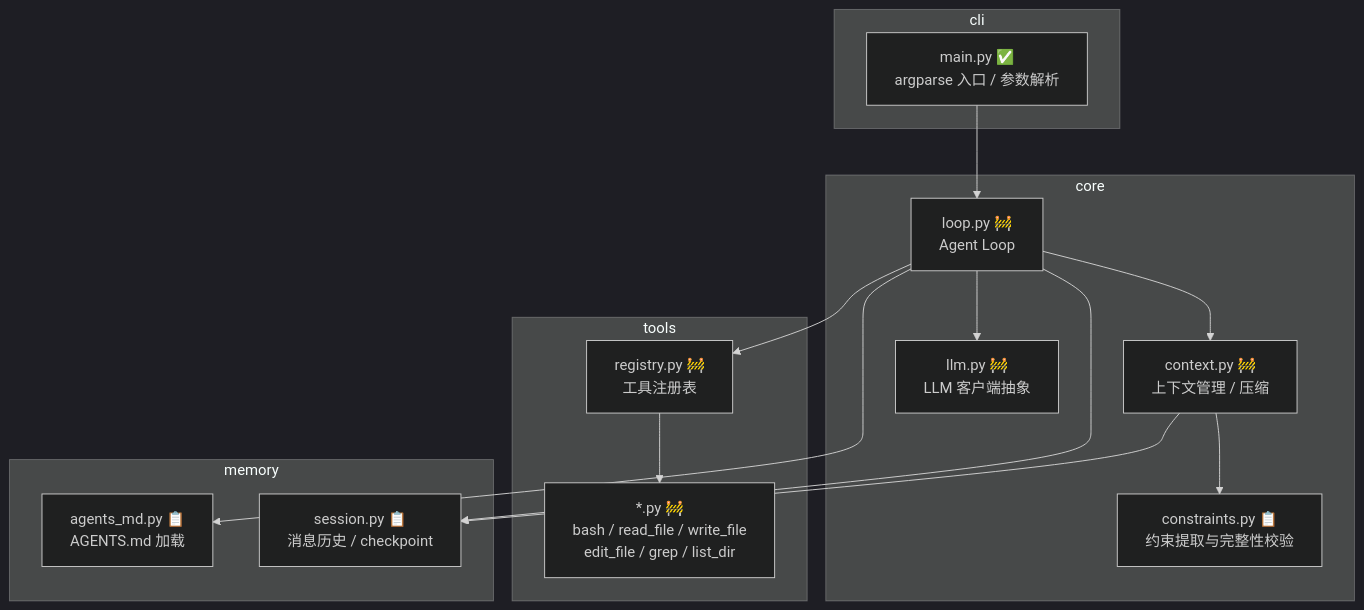
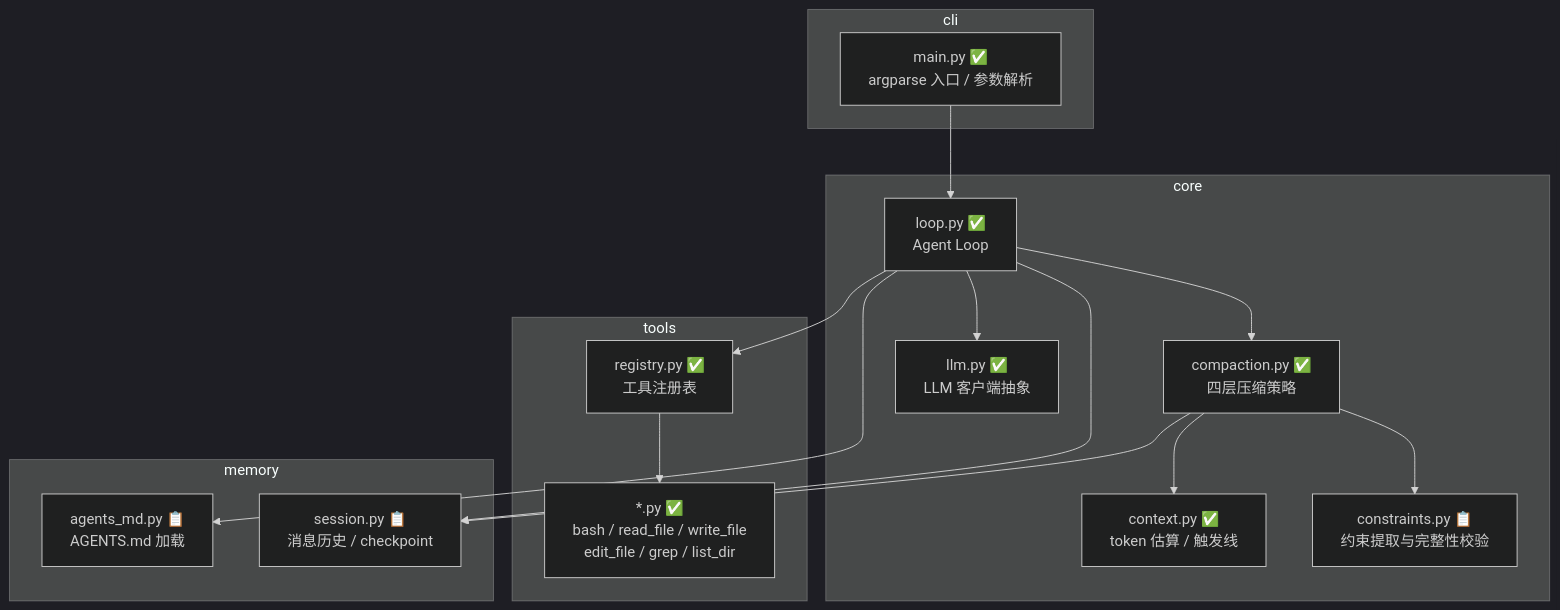
Before and after one commit to autumnieave/lite-coding-agent: the first of 3 diagrams in docs/architecture.md, drawn with Mermaid (dark theme). The commit also changed other lines of this file, not shown here.

Commit message:
docs: sync architecture with Day 3 compaction module

````diff
--- a/docs/architecture.md
+++ b/docs/architecture.md
@@ -10,29 +10,31 @@
 ```mermaid
 flowchart TB
     subgraph CLI["cli"]
         M["main.py ✅<br/>argparse 入口 / 参数解析"]
     end
     subgraph CORE["core"]
-        L["loop.py 🚧<br/>Agent Loop"]
-        C["context.py 🚧<br/>上下文管理 / 压缩"]
+        L["loop.py ✅<br/>Agent Loop"]
+        CP["compaction.py ✅<br/>四层压缩策略"]
+        C["context.py ✅<br/>token 估算 / 触发线"]
         CN["constraints.py 📋<br/>约束提取与完整性校验"]
-        LM["llm.py 🚧<br/>LLM 客户端抽象"]
+        LM["llm.py ✅<br/>LLM 客户端抽象"]
     end
     subgraph TOOLS["tools"]
-        R["registry.py 🚧<br/>工具注册表"]
-        B["*.py 🚧<br/>bash / read_file / write_file<br/>edit_file / grep / list_dir"]
+        R["registry.py ✅<br/>工具注册表"]
+        B["*.py ✅<br/>bash / read_file / write_file<br/>edit_file / grep / list_dir"]
     end
     subgraph MEMORY["memory"]
         A["agents_md.py 📋<br/>AGENTS.md 加载"]
         S["session.py 📋<br/>消息历史 / checkpoint"]
     end
     M --> L
-    L --> C
-    C --> CN
+    L --> CP
+    CP --> C
+    CP --> CN
     L --> LM
     L --> R
     R --> B
     L --> A
     L --> S
-    C --> S
+    CP --> S
 ```
````
